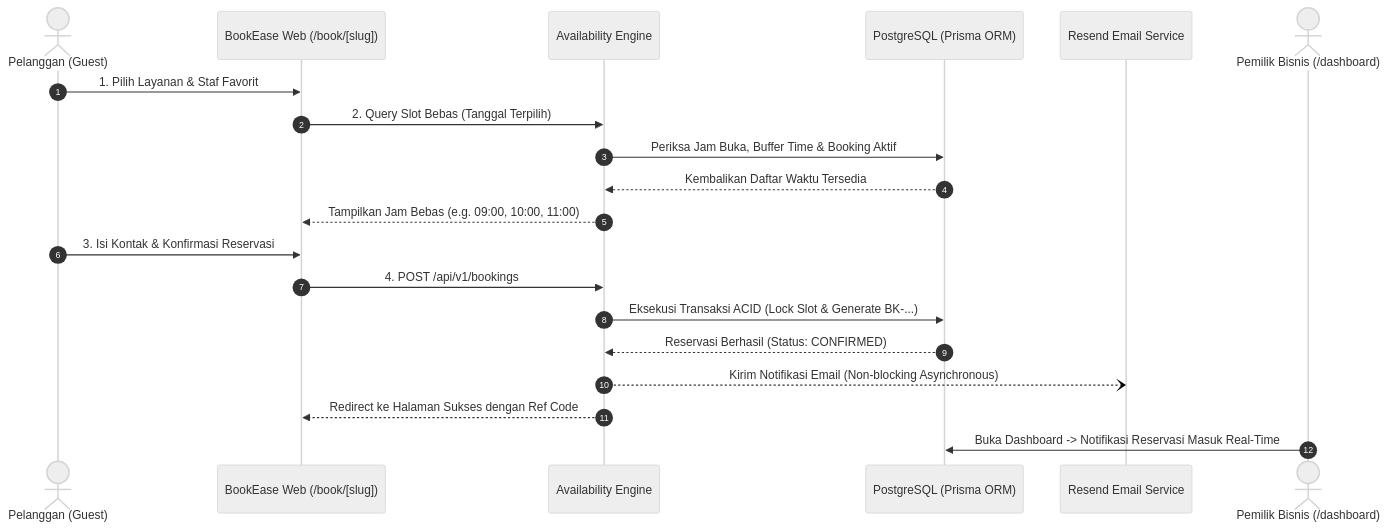
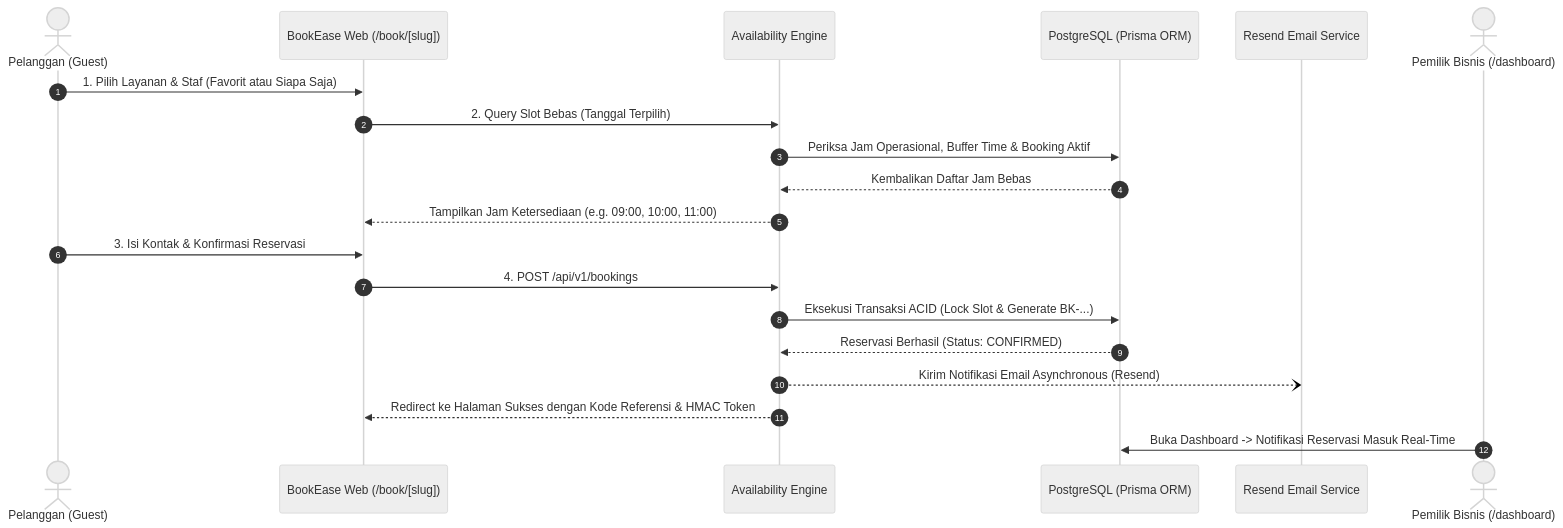
Before and after one commit to aljaffarsyah10/12-BookEase: the diagram in README.md, drawn with Mermaid (neutral theme). The commit also changed other lines of this file and 3 other files, not shown here.

Commit message:
docs: overhaul README with architecture diagrams, billing previews, and comprehensive production guides

````diff
--- a/README.md
+++ b/README.md
@@ -73,23 +72,23 @@
 ```mermaid
 sequenceDiagram
     autonumber
     actor Pelanggan as Pelanggan (Guest)
     participant Web as BookEase Web (/book/[slug])
     participant API as Availability Engine
     participant DB as PostgreSQL (Prisma ORM)
     participant Email as Resend Email Service
     actor Owner as Pemilik Bisnis (/dashboard)
 
-    Pelanggan->>Web: 1. Pilih Layanan & Staf Favorit
+    Pelanggan->>Web: 1. Pilih Layanan & Staf (Favorit atau Siapa Saja)
     Web->>API: 2. Query Slot Bebas (Tanggal Terpilih)
-    API->>DB: Periksa Jam Buka, Buffer Time & Booking Aktif
-    DB-->>API: Kembalikan Daftar Waktu Tersedia
-    API-->>Web: Tampilkan Jam Bebas (e.g. 09:00, 10:00, 11:00)
+    API->>DB: Periksa Jam Operasional, Buffer Time & Booking Aktif
+    DB-->>API: Kembalikan Daftar Jam Bebas
+    API-->>Web: Tampilkan Jam Ketersediaan (e.g. 09:00, 10:00, 11:00)
     Pelanggan->>Web: 3. Isi Kontak & Konfirmasi Reservasi
     Web->>API: 4. POST /api/v1/bookings
     API->>DB: Eksekusi Transaksi ACID (Lock Slot & Generate BK-...)
     DB-->>API: Reservasi Berhasil (Status: CONFIRMED)
-    API--)Email: Kirim Notifikasi Email (Non-blocking Asynchronous)
-    API-->>Web: Redirect ke Halaman Sukses dengan Ref Code
+    API--)Email: Kirim Notifikasi Email Asynchronous (Resend)
+    API-->>Web: Redirect ke Halaman Sukses dengan Kode Referensi & HMAC Token
     Owner->>DB: Buka Dashboard -> Notifikasi Reservasi Masuk Real-Time
 ```
````
